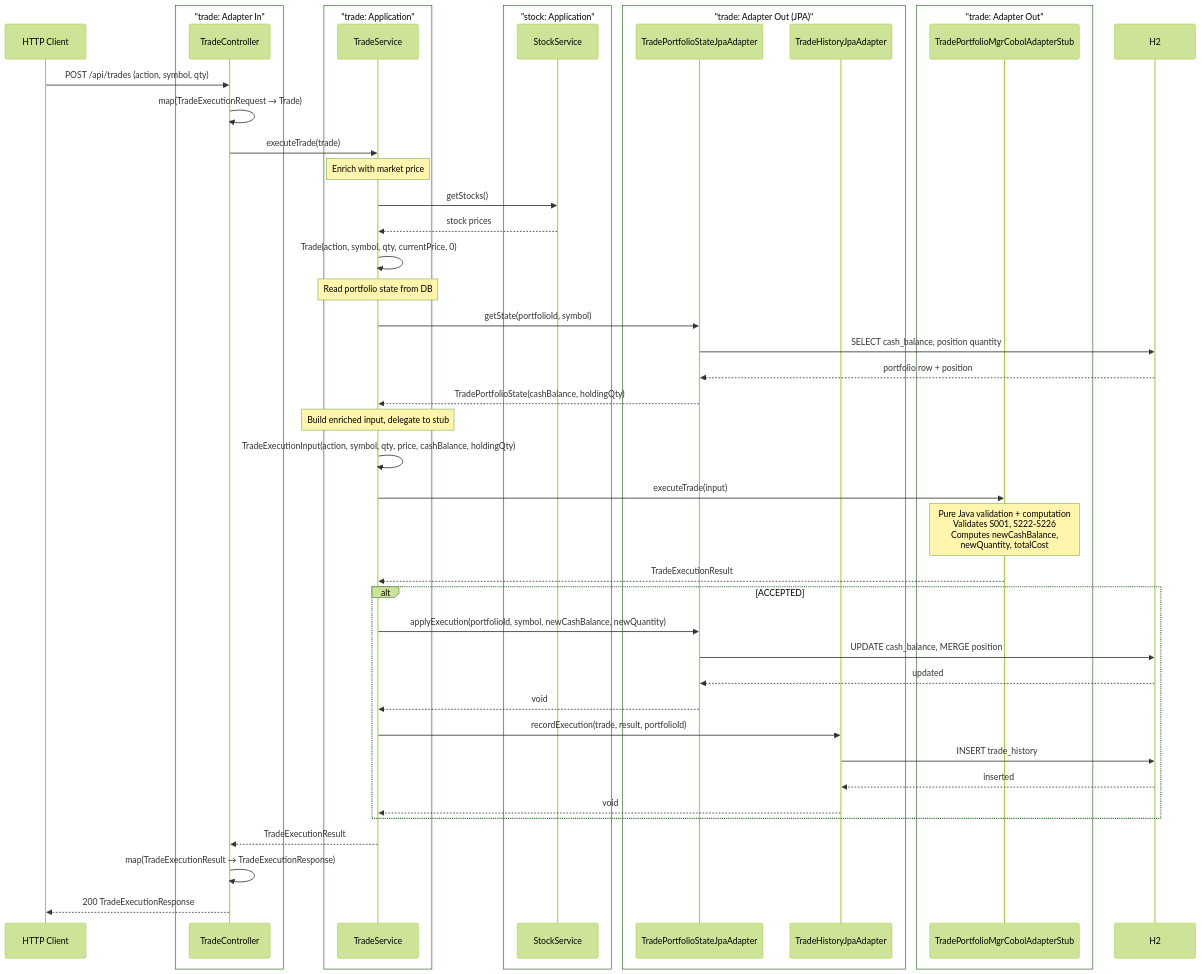
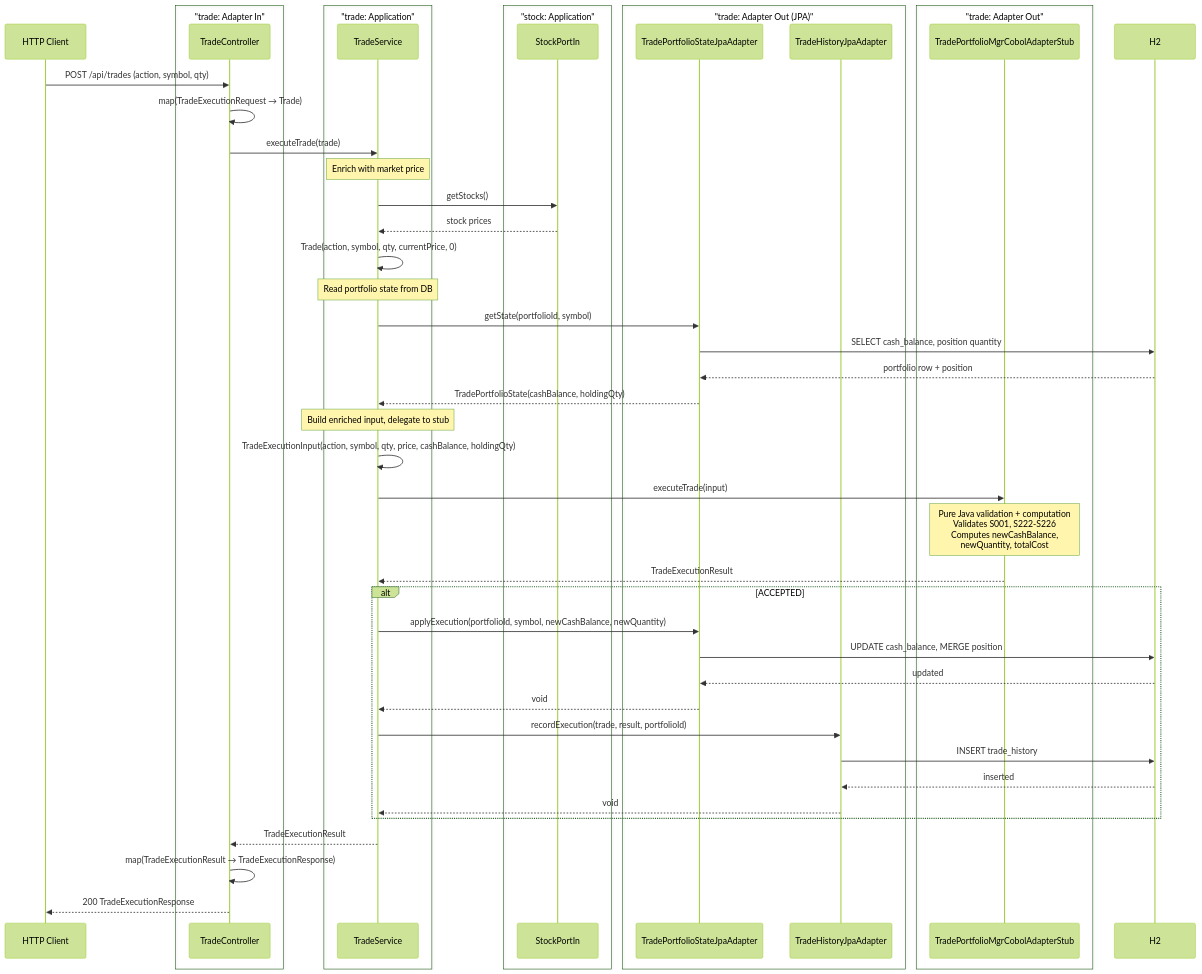
Before and after one commit to franBec/stonks-simulator: diagram 11 of 22 in stonks_java/README.md, drawn with Mermaid (forest theme). The commit also changed other lines of this file, not shown here.

Commit message:
docs: document news module e2e flows and align diagram conventions

````diff
--- a/stonks_java/README.md
+++ b/stonks_java/README.md
@@ -552,57 +554,57 @@
 ```mermaid
 sequenceDiagram
     participant Client as HTTP Client
     box "trade: Adapter In"
     participant TC as TradeController
     end
     box "trade: Application"
     participant TS as TradeService
     end
     box "stock: Application"
-    participant SS as StockService
+    participant SS as StockPortIn
     end
     box "trade: Adapter Out (JPA)"
     participant TPSJA as TradePortfolioStateJpaAdapter
     participant THJA as TradeHistoryJpaAdapter
     end
     box "trade: Adapter Out"
     participant TPMCAS as TradePortfolioMgrCobolAdapterStub
     end
     participant DB as H2
 
     Client->>TC: POST /api/trades (action, symbol, qty)
     TC->>TC: map(TradeExecutionRequest → Trade)
     TC->>TS: executeTrade(trade)
 
     Note over TS: Enrich with market price
     TS->>SS: getStocks()
     SS-->>TS: stock prices
     TS->>TS: Trade(action, symbol, qty, currentPrice, 0)
 
     Note over TS: Read portfolio state from DB
     TS->>TPSJA: getState(portfolioId, symbol)
     TPSJA->>DB: SELECT cash_balance, position quantity
     DB-->>TPSJA: portfolio row + position
     TPSJA-->>TS: TradePortfolioState(cashBalance, holdingQty)
 
     Note over TS: Build enriched input, delegate to stub
     TS->>TS: TradeExecutionInput(action, symbol, qty, price, cashBalance, holdingQty)
     TS->>TPMCAS: executeTrade(input)
     Note over TPMCAS: Pure Java validation + computation<br/>Validates S001, S222-S226<br/>Computes newCashBalance,<br/>newQuantity, totalCost
     TPMCAS-->>TS: TradeExecutionResult
 
     alt ACCEPTED
         TS->>TPSJA: applyExecution(portfolioId, symbol, newCashBalance, newQuantity)
         TPSJA->>DB: UPDATE cash_balance, MERGE position
         DB-->>TPSJA: updated
         TPSJA-->>TS: void
         TS->>THJA: recordExecution(trade, result, portfolioId)
         THJA->>DB: INSERT trade_history
         DB-->>THJA: inserted
         THJA-->>TS: void
     end
 
     TS-->>TC: TradeExecutionResult
     TC->>TC: map(TradeExecutionResult → TradeExecutionResponse)
     TC-->>Client: 200 TradeExecutionResponse
 ```
````
